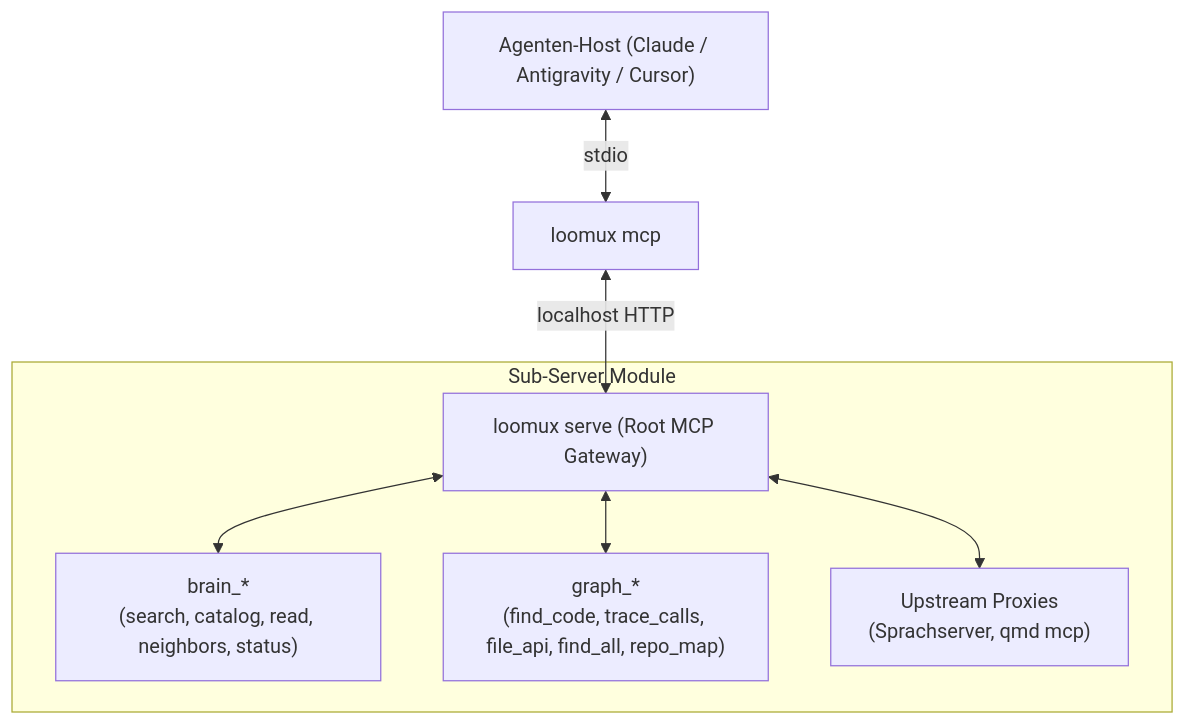
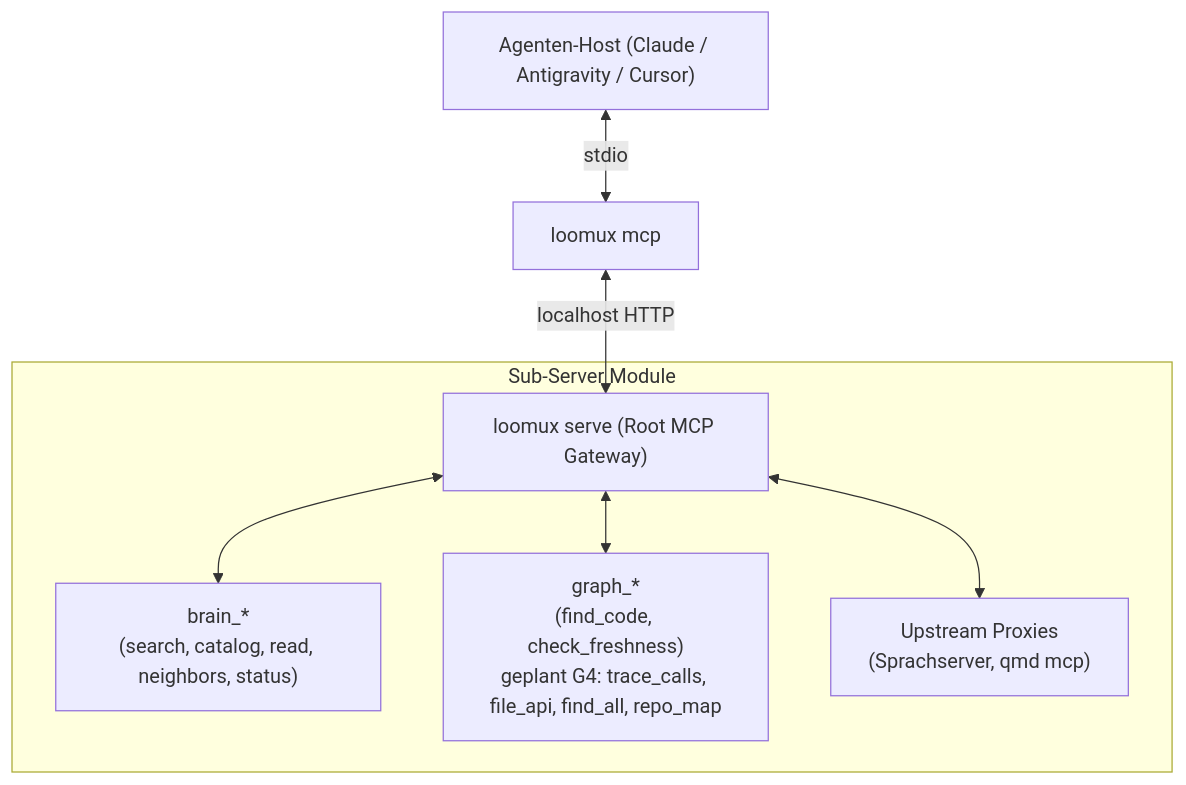
Before and after one commit to xidus90/loomux: the fourth of 4 diagrams in README.de.md, drawn with Mermaid. The commit also changed other lines of this file and 9 other files, not shown here.

First line of the commit message:
docs(graph): record stage G3

````diff
--- a/README.de.md
+++ b/README.de.md
@@ -96,11 +96,11 @@
 ```mermaid
 flowchart TD
     Host["Agenten-Host (Claude / Antigravity / Cursor)"] <--> |stdio| Bridge["loomux mcp"]
     Bridge <--> |localhost HTTP| Root["loomux serve (Root MCP Gateway)"]
     
     subgraph Namespaces["Sub-Server Module"]
         Root <--> Brain["brain_*<br/>(search, catalog, read, neighbors, status)"]
-        Root <--> Graph["graph_*<br/>(find_code, trace_calls, file_api, find_all, repo_map)"]
+        Root <--> Graph["graph_*<br/>(find_code, check_freshness)<br/>geplant G4: trace_calls, file_api, find_all, repo_map"]
         Root <--> Upstreams["Upstream Proxies<br/>(Sprachserver, qmd mcp)"]
     end
 ```
````
